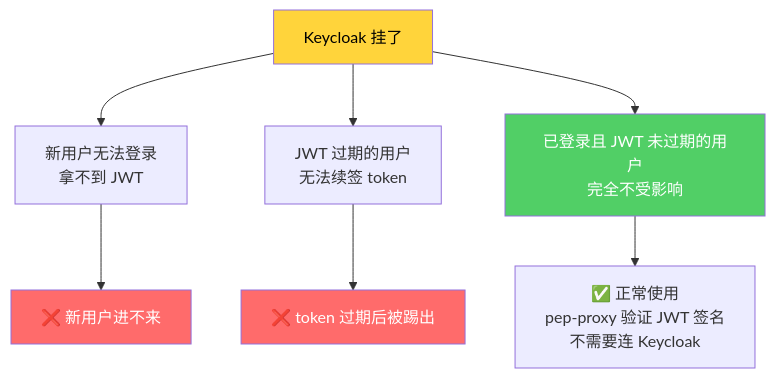
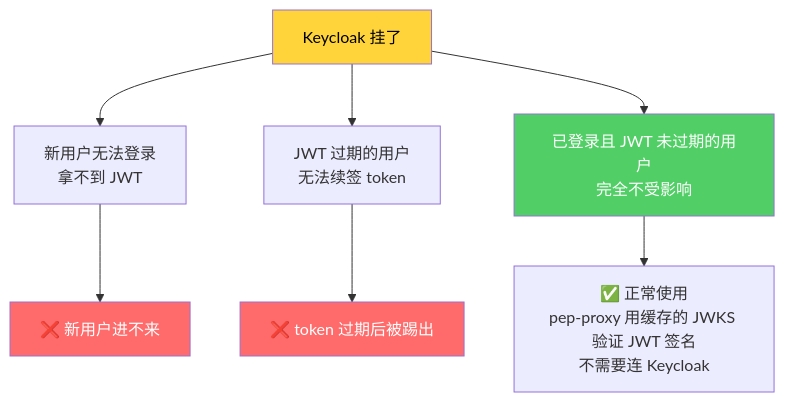
One commit to xiewanchao/aidp-iam changed the seventh of 16 diagrams in diagrams/failure-scenarios.md. Above: the diagram before and after it, drawn with Mermaid. The commit also changed other lines of this file and 5 other files, not shown here.

````diff
--- a/diagrams/failure-scenarios.md
+++ b/diagrams/failure-scenarios.md
@@ -198,15 +279,15 @@
 ```mermaid
 flowchart TD
-    KC_DOWN[Keycloak 挂了] --> IMPACT1[新用户无法登录<br/>拿不到 JWT]
-    KC_DOWN --> IMPACT2[JWT 过期的用户<br/>无法续签 token]
-    KC_DOWN --> NOT_IMPACT[已登录且 JWT 未过期的用户<br/>完全不受影响]
+    KC_DOWN["Keycloak 挂了"] --> IMPACT1["新用户无法登录<br/>拿不到 JWT"]
+    KC_DOWN --> IMPACT2["JWT 过期的用户<br/>无法续签 token"]
+    KC_DOWN --> NOT_IMPACT["已登录且 JWT 未过期的用户<br/>完全不受影响"]
 
-    IMPACT1 --> BLOCK1[❌ 新用户进不来]
-    IMPACT2 --> BLOCK2[❌ token 过期后被踢出]
-    NOT_IMPACT --> OK[✅ 正常使用<br/>pep-proxy 验证 JWT 签名<br/>不需要连 Keycloak]
+    IMPACT1 --> BLOCK1["❌ 新用户进不来"]
+    IMPACT2 --> BLOCK2["❌ token 过期后被踢出"]
+    NOT_IMPACT --> OK["✅ 正常使用<br/>pep-proxy 用缓存的 JWKS 验证 JWT 签名<br/>不需要连 Keycloak"]
 
     style KC_DOWN fill:#ffd43b,color:#000
     style NOT_IMPACT fill:#51cf66,color:#fff
     style BLOCK1 fill:#ff6b6b,color:#fff
     style BLOCK2 fill:#ff6b6b,color:#fff
 ```
````
